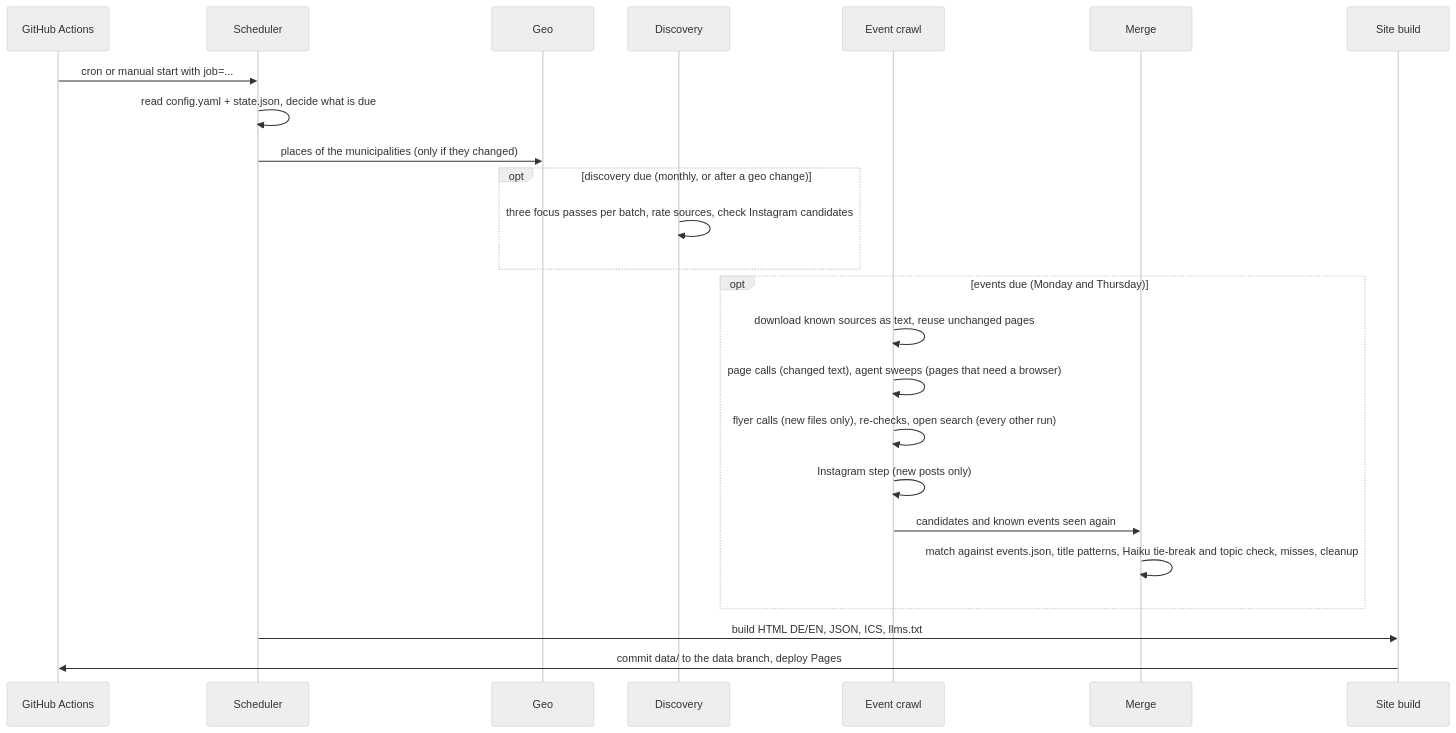
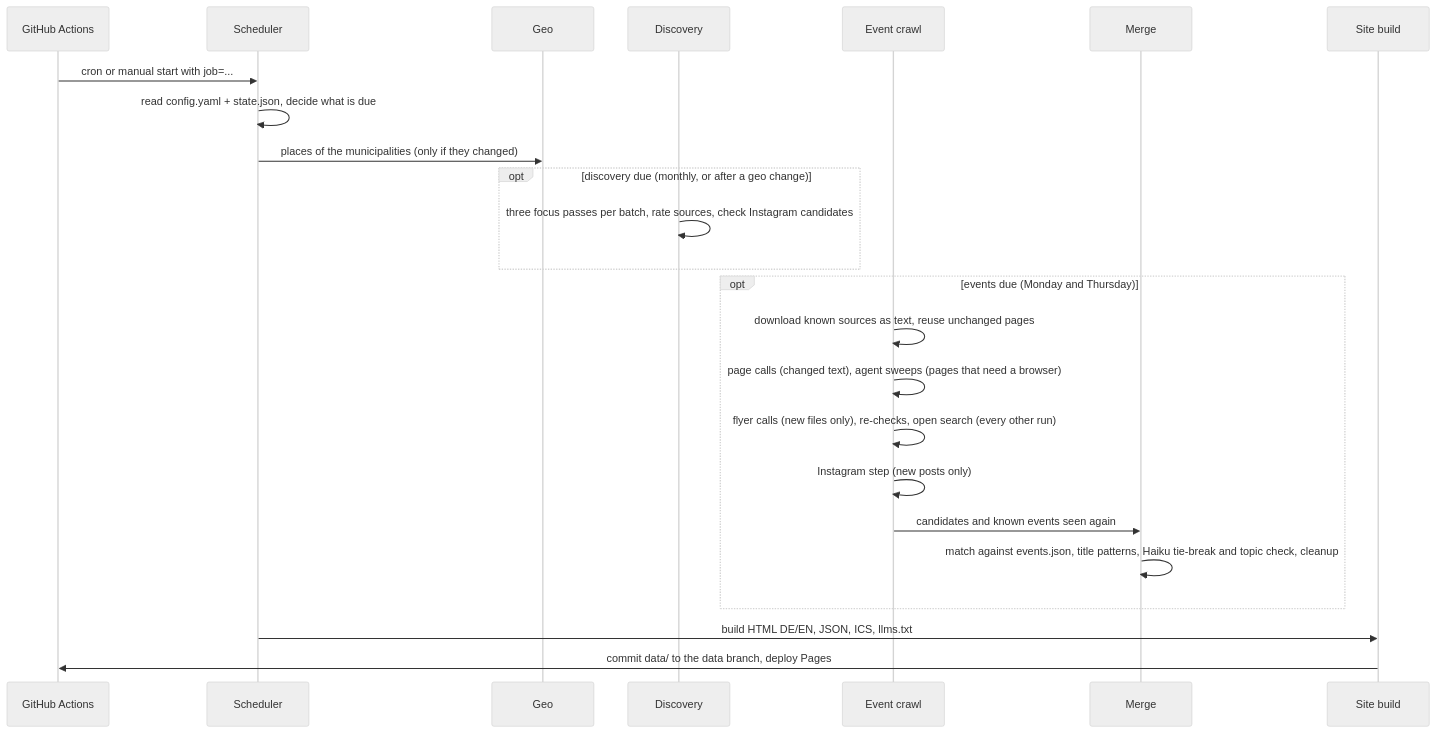
One commit to mat-los/letsgau changed the third of 4 diagrams in docs/ARCHITECTURE.md. Above: the diagram before and after it, drawn with Mermaid (neutral theme). The commit also changed other lines of this file and 26 other files, not shown here.

````diff
--- a/docs/ARCHITECTURE.md
+++ b/docs/ARCHITECTURE.md
@@ -89,26 +89,26 @@
 ```mermaid
 sequenceDiagram
   participant A as GitHub Actions
   participant S as Scheduler
   participant G as Geo
   participant D as Discovery
   participant E as Event crawl
   participant M as Merge
   participant B as Site build
   A->>S: cron or manual start with job=...
   S->>S: read config.yaml + state.json, decide what is due
   S->>G: places of the municipalities (only if they changed)
   opt discovery due (monthly, or after a geo change)
     D->>D: three focus passes per batch, rate sources, check Instagram candidates
   end
   opt events due (Monday and Thursday)
     E->>E: download known sources as text, reuse unchanged pages
     E->>E: page calls (changed text), agent sweeps (pages that need a browser)
     E->>E: flyer calls (new files only), re-checks, open search (every other run)
     E->>E: Instagram step (new posts only)
     E->>M: candidates and known events seen again
-    M->>M: match against events.json, title patterns, Haiku tie-break and topic check, misses, cleanup
+    M->>M: match against events.json, title patterns, Haiku tie-break and topic check, cleanup
   end
   S->>B: build HTML DE/EN, JSON, ICS, llms.txt
   B->>A: commit data/ to the data branch, deploy Pages
 ```
````
